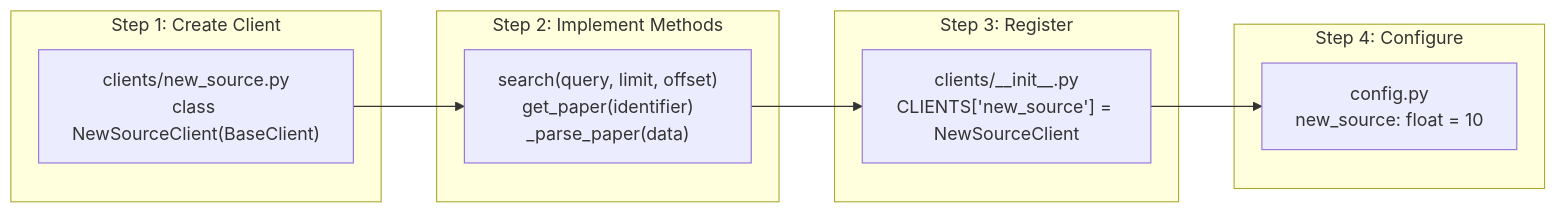
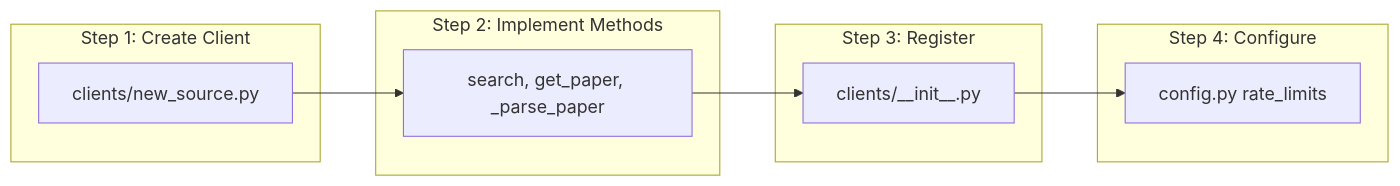
One commit to SteadfastAsArt/paper-ladder changed diagram 15 of 15 in docs/ARCHITECTURE.md. Above: the diagram before and after it, drawn with Mermaid. The commit also changed other lines of this file, not shown here.

Commit message:
Fix Mermaid syntax for GitHub compatibility

````diff
--- a/docs/ARCHITECTURE.md
+++ b/docs/ARCHITECTURE.md
@@ -842,20 +829,20 @@
 ```mermaid
 flowchart LR
-    subgraph "Step 1: Create Client"
-        F1["clients/new_source.py<br/>class NewSourceClient(BaseClient)"]
+    subgraph Step1[Step 1: Create Client]
+        F1[clients/new_source.py]
     end
 
-    subgraph "Step 2: Implement Methods"
-        F2["search(query, limit, offset)<br/>get_paper(identifier)<br/>_parse_paper(data)"]
+    subgraph Step2[Step 2: Implement Methods]
+        F2[search, get_paper, _parse_paper]
     end
 
-    subgraph "Step 3: Register"
-        F3["clients/__init__.py<br/>CLIENTS['new_source'] = NewSourceClient"]
+    subgraph Step3[Step 3: Register]
+        F3[clients/__init__.py]
     end
 
-    subgraph "Step 4: Configure"
-        F4["config.py<br/>new_source: float = 10"]
+    subgraph Step4[Step 4: Configure]
+        F4[config.py rate_limits]
     end
 
     F1 --> F2 --> F3 --> F4
 ```
````
